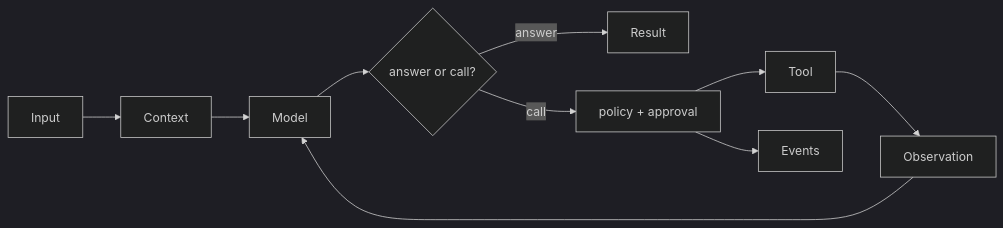
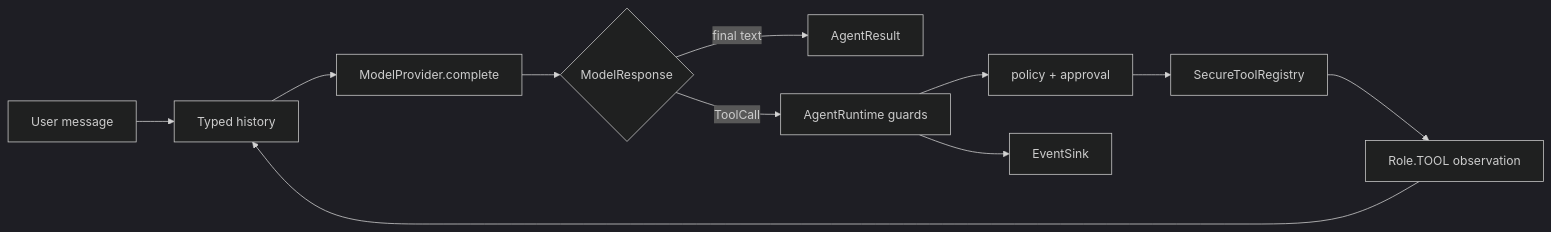
Before and after one commit to levalencia/archon: the first of 2 diagrams in docs/course/concepts/agent-anatomy.md, drawn with Mermaid (dark theme). The commit also changed other lines of this file and 10 other files, not shown here.

````diff
--- a/docs/course/concepts/agent-anatomy.md
+++ b/docs/course/concepts/agent-anatomy.md
@@ -7,10 +25,13 @@
 ```mermaid
 flowchart LR
-  Input --> Context --> Model
-  Model --> Decision{answer or call?}
-  Decision -->|answer| Result
-  Decision -->|call| Control[policy + approval]
-  Control --> Tool
-  Tool --> Observation --> Model
-  Control --> Events
+  User[User message] --> History[Typed history]
+  History --> Provider[ModelProvider.complete]
+  Provider --> Choice{ModelResponse}
+  Choice -->|final text| Result[AgentResult]
+  Choice -->|ToolCall| Runtime[AgentRuntime guards]
+  Runtime --> Policy[policy + approval]
+  Policy --> Registry[SecureToolRegistry]
+  Registry --> Observation[Role.TOOL observation]
+  Observation --> History
+  Runtime --> Events[EventSink]
 ```
````
